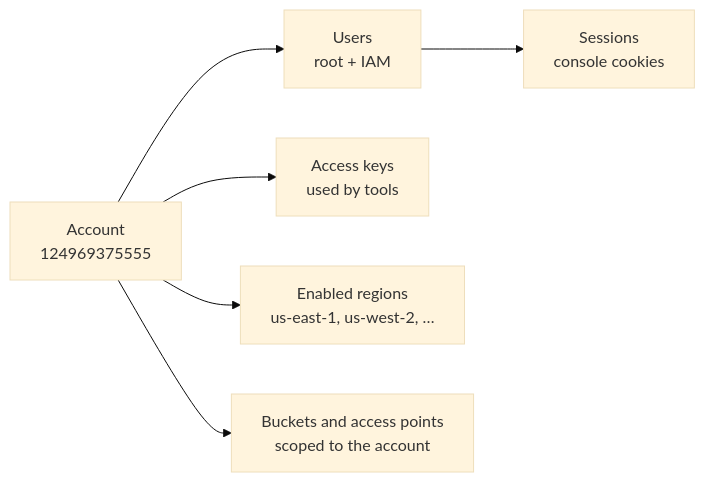
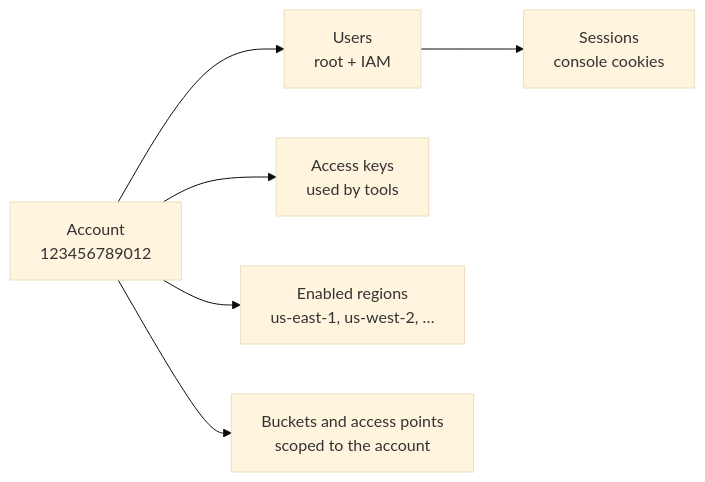
Before and after one commit to mathewmusango/emuplane: the diagram in site/docs/concepts/tenancy.md, drawn with Mermaid (base theme).

Commit message:
docs: the tenancy diagram uses the documentation account id

````diff
--- a/site/docs/concepts/tenancy.md
+++ b/site/docs/concepts/tenancy.md
@@ -10,9 +10,9 @@
 ```mermaid
 flowchart LR
-  acct["Account<br/>124969375555"]
+  acct["Account<br/>123456789012"]
   acct --> users["Users<br/>root + IAM"]
   acct --> keys["Access keys<br/>used by tools"]
   acct --> regions["Enabled regions<br/>us-east-1, us-west-2, …"]
   acct --> res["Buckets and access points<br/>scoped to the account"]
   users --> sessions["Sessions<br/>console cookies"]
 ```
````
